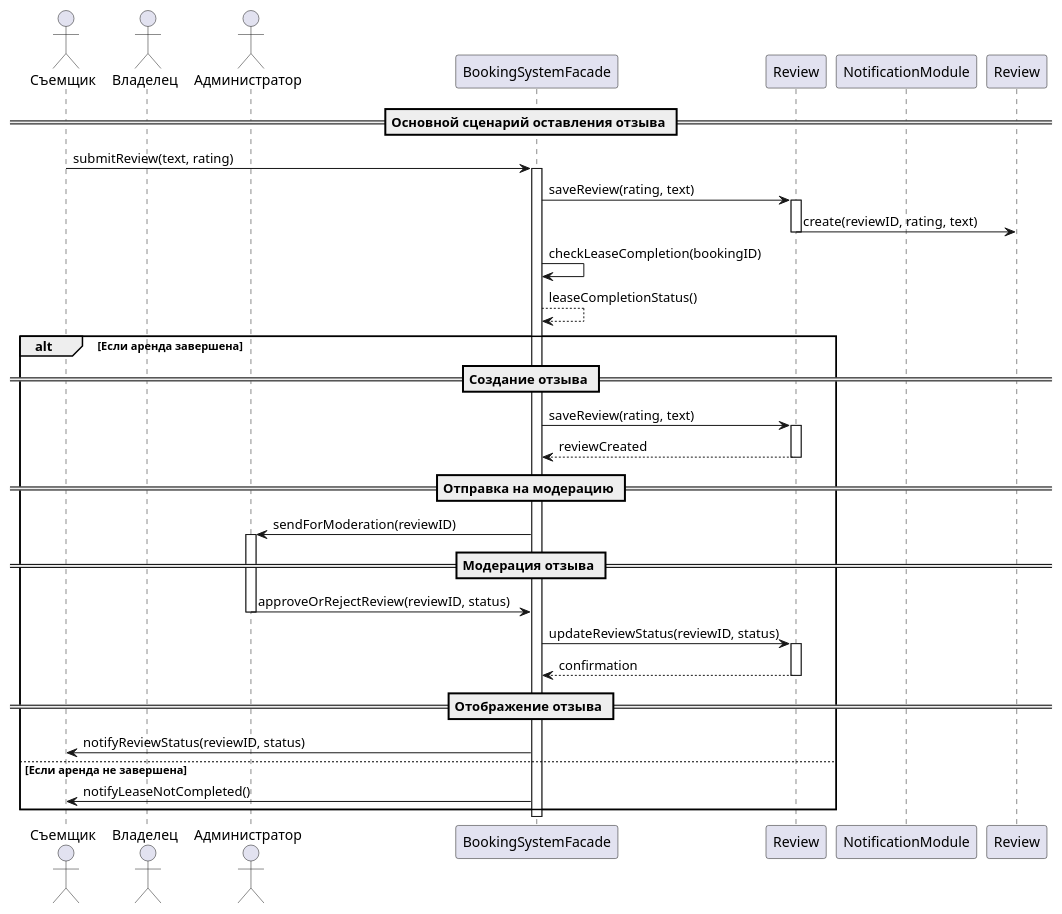
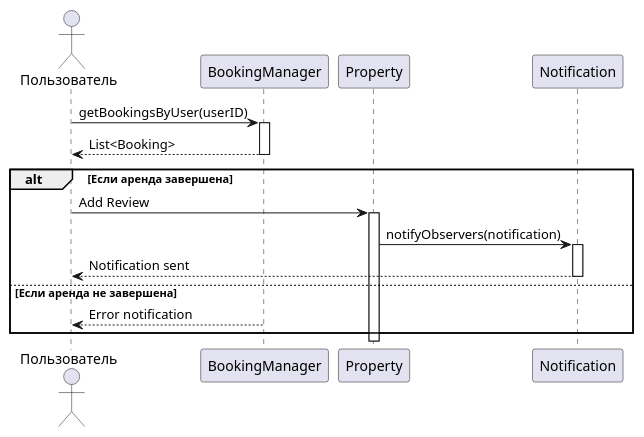
One commit to penamarth/bsbo-01-22_team4_var8 changed the diagram in precedents/Reviews/ReviewsSequenceDiagram.md. Above: the diagram before and after it, drawn with PlantUML. The commit also changed 2 other files, not shown here.

Commit message:
Changed content in Reviews precedent

````diff
--- a/precedents/Reviews/ReviewsSequenceDiagram.md
+++ b/precedents/Reviews/ReviewsSequenceDiagram.md
@@ -1,54 +1,26 @@
 ```plantuml
 @startuml
 
-actor "Съемщик" as Tenant
-actor "Владелец" as Owner
-actor "Администратор" as Administrator
+actor "Пользователь" as User
+participant "BookingManager" as BookingManager
+participant "Property" as Property
+participant "Notification" as Notification
 
-participant "BookingSystemFacade" as System
-participant "Review" as ReviewModule
-participant "NotificationModule" as Notification
-
-== Основной сценарий оставления отзыва ==
-
-Tenant -> System : submitReview(text, rating)
-activate System
-
-System -> ReviewModule : saveReview(rating, text)
-activate ReviewModule
-ReviewModule -> Review : create(reviewID, rating, text)
-deactivate ReviewModule
-
-System -> System : checkLeaseCompletion(bookingID)
-System --> System : leaseCompletionStatus()
+User -> BookingManager : getBookingsByUser(userID)
+activate BookingManager
+BookingManager --> User : List<Booking>
+deactivate BookingManager
 
 alt Если аренда завершена
-    == Создание отзыва ==
-    System -> ReviewModule : saveReview(rating, text)
-    activate ReviewModule
-    ReviewModule --> System : reviewCreated
-    deactivate ReviewModule
-
-    == Отправка на модерацию ==
-    System -> Administrator : sendForModeration(reviewID)
-    activate Administrator
-
-    == Модерация отзыва ==
-    Administrator -> System : approveOrRejectReview(reviewID, status)
-    deactivate Administrator
-
-    System -> ReviewModule : updateReviewStatus(reviewID, status)
-    activate ReviewModule
-    ReviewModule --> System : confirmation
-    deactivate ReviewModule
-
-    == Отображение отзыва ==
-    System -> Tenant : notifyReviewStatus(reviewID, status)
+    User -> Property : Add Review
+    activate Property
+    Property -> Notification : notifyObservers(notification)
+    activate Notification
+    Notification --> User : Notification sent
+    deactivate Notification
 else Если аренда не завершена
-    System -> Tenant : notifyLeaseNotCompleted()
+    BookingManager --> User : Error notification
 end
-
-deactivate System
 
 @enduml
 ```
````
